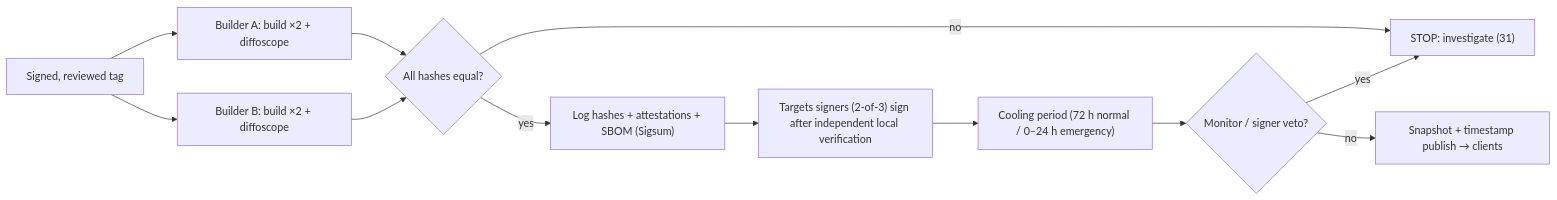
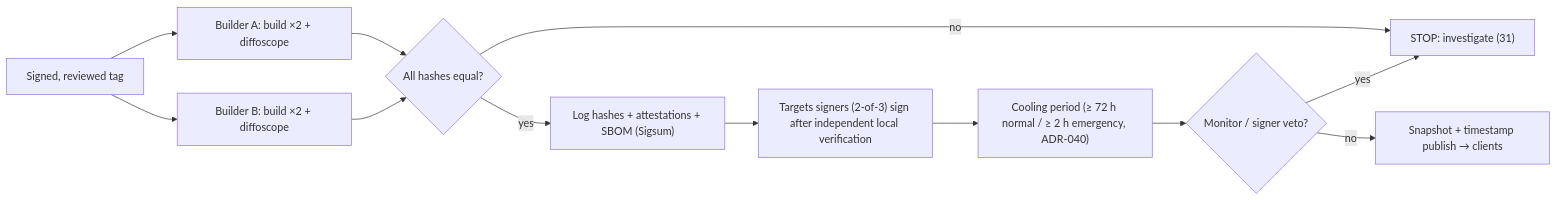
The diagram in specs/33-RELEASE-UPDATE-SECURITY.md (djshellshoxxx/leaks), drawn with Mermaid before and after one commit. The commit also changed other lines of this file and 4 other files, not shown here.

````diff
--- a/specs/33-RELEASE-UPDATE-SECURITY.md
+++ b/specs/33-RELEASE-UPDATE-SECURITY.md
@@ -87,14 +87,14 @@
 ```mermaid
 flowchart LR
   T["Signed, reviewed tag"] --> A["Builder A: build ×2 + diffoscope"]
   T --> B["Builder B: build ×2 + diffoscope"]
   A --> H{"All hashes equal?"}
   B --> H
   H -- no --> X["STOP: investigate (31)"]
   H -- yes --> L["Log hashes + attestations + SBOM (Sigsum)"]
   L --> S["Targets signers (2-of-3) sign after independent local verification"]
-  S --> C["Cooling period (72 h normal / 0–24 h emergency)"]
+  S --> C["Cooling period (≥ 72 h normal / ≥ 2 h emergency, ADR-040)"]
   C --> M{"Monitor / signer veto?"}
   M -- yes --> X
   M -- no --> P["Snapshot + timestamp publish → clients"]
 ```
````
